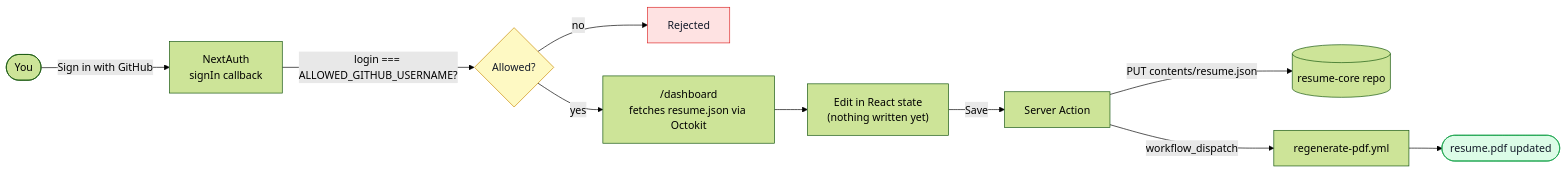
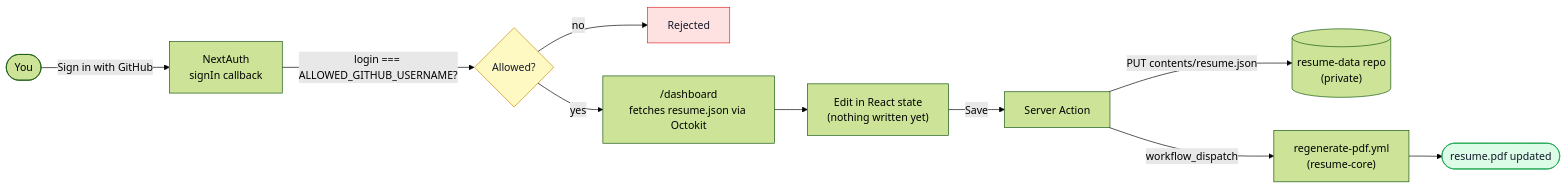
The diagram in README.md (ChamathDilshanC/resume-admin), drawn with Mermaid (forest theme) before and after one commit. The commit also changed other lines of this file and 2 other files, not shown here.

First line of the commit message:
refactor: read/write resume.json from the private resume-data repo

````diff
--- a/README.md
+++ b/README.md
@@ -69,16 +72,16 @@
 ```mermaid
 flowchart LR
     U(["You"]) -->|Sign in with GitHub| A["NextAuth<br/>signIn callback"]
     A -->|"login === ALLOWED_GITHUB_USERNAME?"| D{Allowed?}
     D -->|no| R["Rejected"]
     D -->|yes| DASH["/dashboard<br/>fetches resume.json via Octokit"]
     DASH --> EDIT["Edit in React state<br/>(nothing written yet)"]
     EDIT -->|Save| ACT["Server Action"]
-    ACT -->|"PUT contents/resume.json"| CORE[("resume-core repo")]
-    ACT -->|"workflow_dispatch"| WF["regenerate-pdf.yml"]
+    ACT -->|"PUT contents/resume.json"| DATA[("resume-data repo<br/>(private)")]
+    ACT -->|"workflow_dispatch"| WF["regenerate-pdf.yml<br/>(resume-core)"]
     WF --> PDF(["resume.pdf updated"])
 
     style D fill:#fef9c3,stroke:#ca8a04,color:#111827
     style R fill:#fee2e2,stroke:#dc2626,color:#111827
     style PDF fill:#dcfce7,stroke:#16a34a,color:#111827
 ```
````
